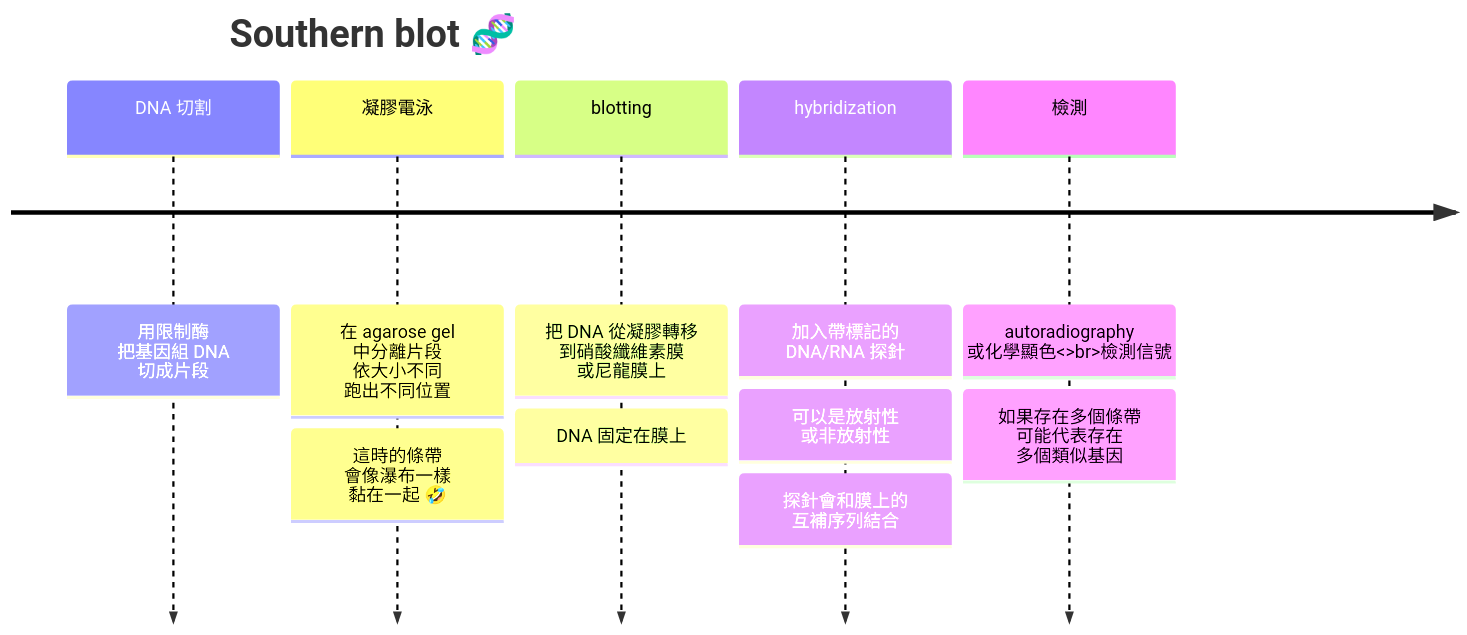
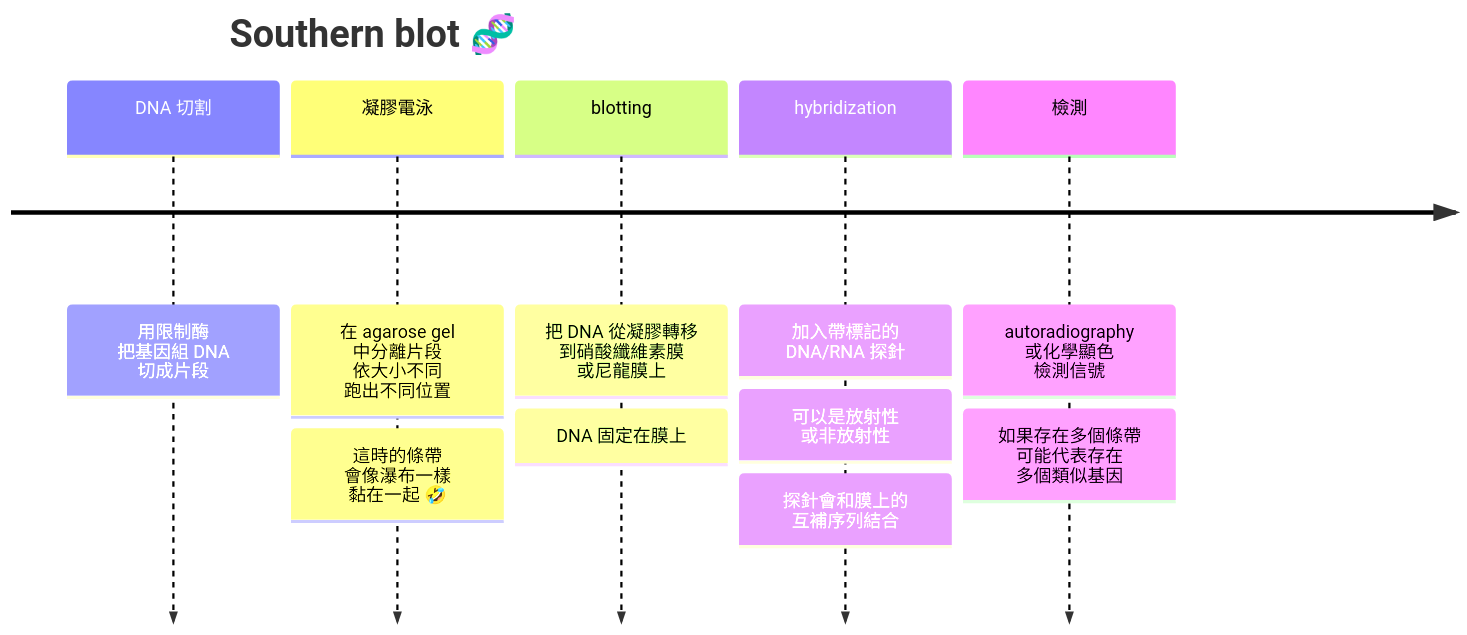
The sixth of 7 diagrams in moleculat_bio_1st_exam.md (Jacklyn301/molecular_bio_note), drawn with Mermaid before and after one commit.

````diff
--- a/moleculat_bio_1st_exam.md
+++ b/moleculat_bio_1st_exam.md
@@ -1138,9 +1138,9 @@
 ```mermaid
 timeline
   title Southern blot 🧬
    DNA 切割: 用限制酶<br>把基因組 DNA<br>切成片段
    凝膠電泳: 在 agarose gel<br>中分離片段<br>依大小不同<br>跑出不同位置: 這時的條帶<br>會像瀑布一樣<br>黏在一起 🤣
    blotting: 把 DNA 從凝膠轉移<br>到硝酸纖維素膜<br>或尼龍膜上: DNA 固定在膜上
    hybridization: 加入帶標記的<br>DNA/RNA 探針: 可以是放射性<br>或非放射性: 探針會和膜上的<br>互補序列結合
-   檢測: autoradiography<br>或化學顯色<>br>檢測信號: 如果存在多個條帶<br>可能代表存在<br>多個類似基因
+   檢測: autoradiography<br>或化學顯色<br>檢測信號: 如果存在多個條帶<br>可能代表存在<br>多個類似基因
 ```
````
